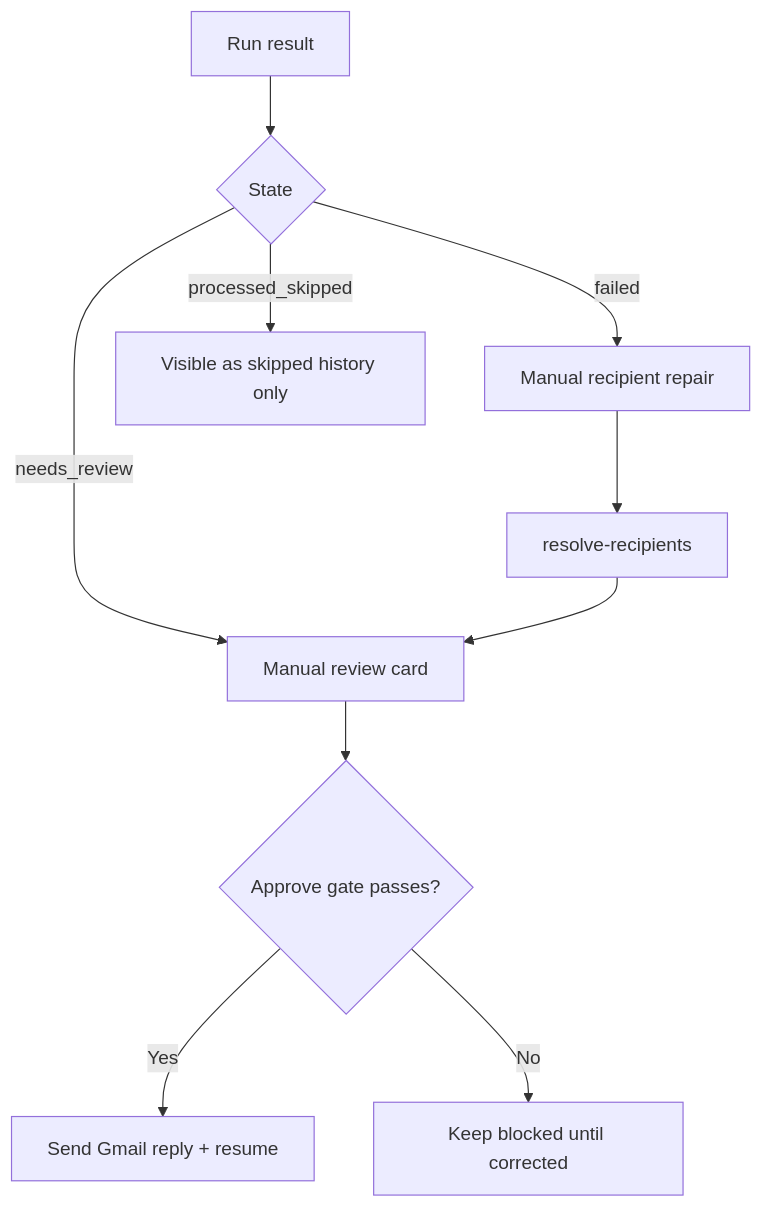
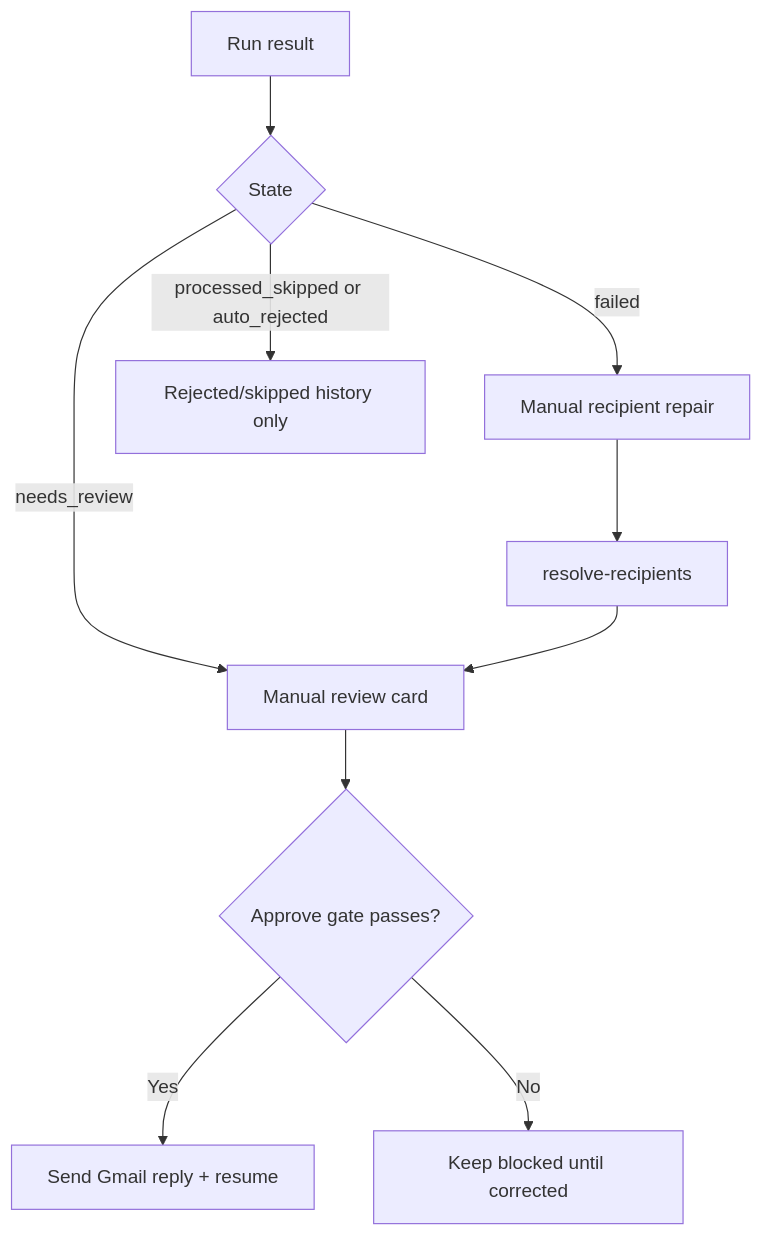
The diagram in docs/features.md (chaitanyadheeraj98/CODEJOB), drawn with Mermaid before and after one commit. The commit also changed other lines of this file and 8 other files, not shown here.

First line of the commit message:
Sync docs with current branch architecture

````diff
--- a/docs/features.md
+++ b/docs/features.md
@@ -26,12 +27,12 @@
 ```mermaid
 flowchart TD
     A[Run result] --> B{State}
     B -->|needs_review| C[Manual review card]
     B -->|failed| D[Manual recipient repair]
-    B -->|processed_skipped| E[Visible as skipped history only]
+    B -->|processed_skipped or auto_rejected| E[Rejected/skipped history only]
     D --> F[resolve-recipients]
     F --> C
     C --> G{Approve gate passes?}
     G -->|Yes| H[Send Gmail reply + resume]
     G -->|No| I[Keep blocked until corrected]
 ```
````
